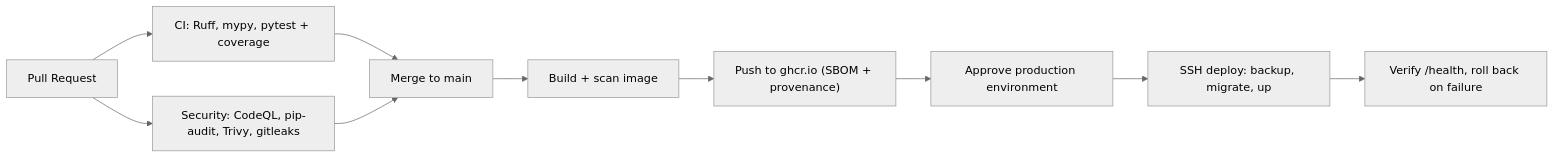
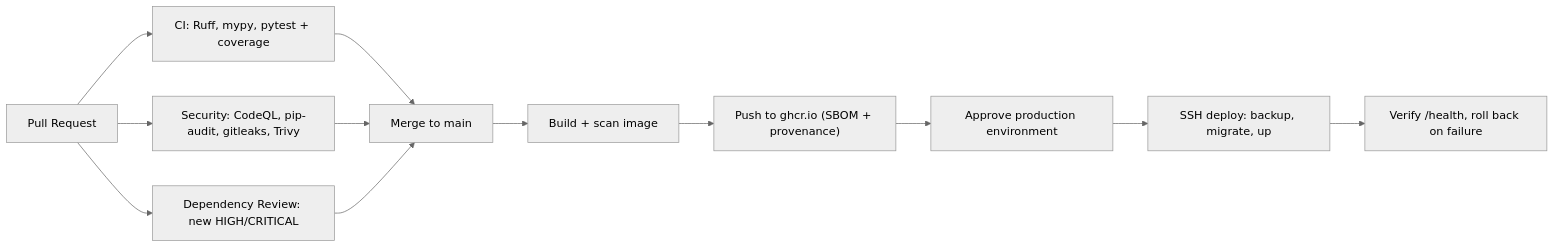
Before and after one commit to karltkiy/docmind: the second of 2 diagrams in README.md, drawn with Mermaid (neutral theme). The commit also changed other lines of this file and 3 other files, not shown here.

Commit message:
ci: move dependency review into its own pull_request-only workflow (#7)

````diff
--- a/README.md
+++ b/README.md
@@ -272,12 +272,14 @@
 ```mermaid
 flowchart LR
     PR["Pull Request"] --> CI["CI: Ruff, mypy, pytest + coverage"]
-    PR --> SEC["Security: CodeQL, pip-audit, Trivy, gitleaks"]
+    PR --> SEC["Security: CodeQL, pip-audit, gitleaks, Trivy"]
+    PR --> DEP["Dependency Review: new HIGH/CRITICAL"]
     CI --> MERGE["Merge to main"]
     SEC --> MERGE
+    DEP --> MERGE
     MERGE --> IMG["Build + scan image"]
     IMG --> GHCR["Push to ghcr.io (SBOM + provenance)"]
     GHCR --> GATE["Approve production environment"]
     GATE --> DEPLOY["SSH deploy: backup, migrate, up"]
     DEPLOY --> CHECK["Verify /health, roll back on failure"]
 ```
````
